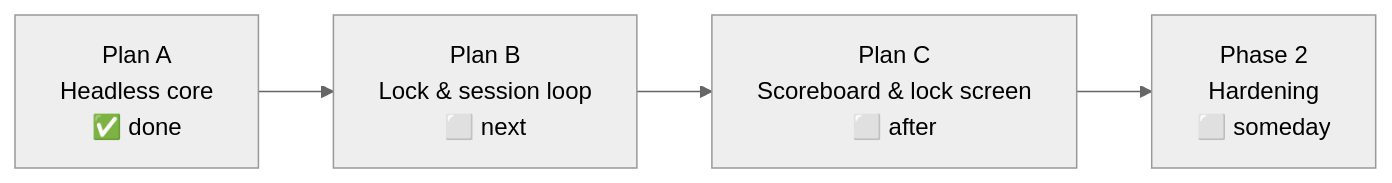
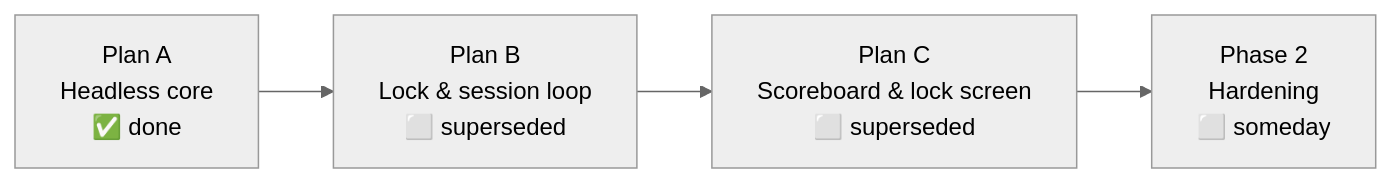
One commit to factory-level/reps-for-claude changed the second of 2 diagrams in _docs/about/roadmap.md. Above: the diagram before and after it, drawn with Mermaid (neutral theme). The commit also changed other lines of this file, not shown here.

````diff
--- a/_docs/about/roadmap.md
+++ b/_docs/about/roadmap.md
@@ -7,6 +31,6 @@
 ```mermaid
 flowchart LR
-    A["Plan A<br/>Headless core<br/>✅ done"] --> B["Plan B<br/>Lock & session loop<br/>⬜ next"]
-    B --> C["Plan C<br/>Scoreboard & lock screen<br/>⬜ after"]
+    A["Plan A<br/>Headless core<br/>✅ done"] --> B["Plan B<br/>Lock & session loop<br/>⬜ superseded"]
+    B --> C["Plan C<br/>Scoreboard & lock screen<br/>⬜ superseded"]
     C --> P2["Phase 2<br/>Hardening<br/>⬜ someday"]
 ```
````
